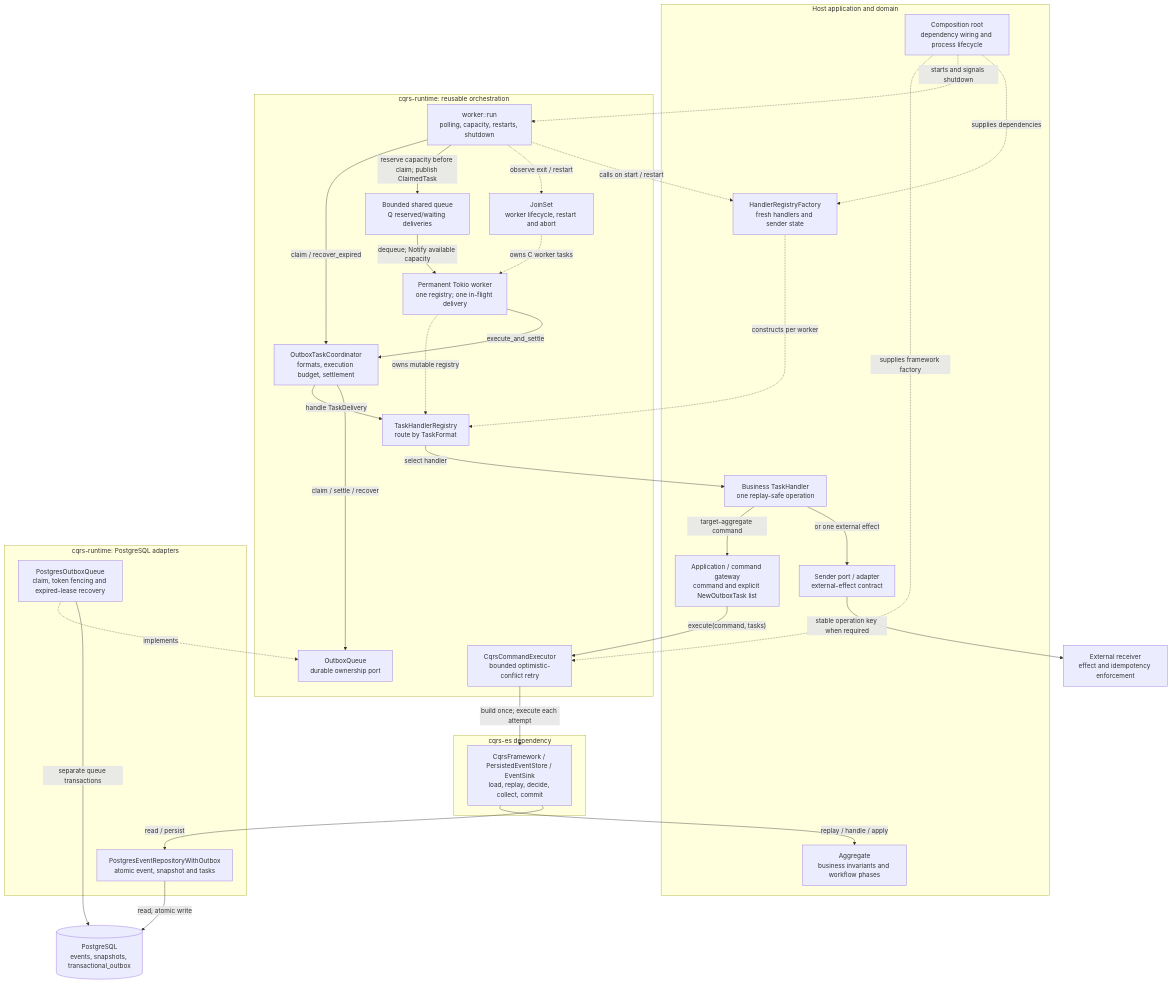
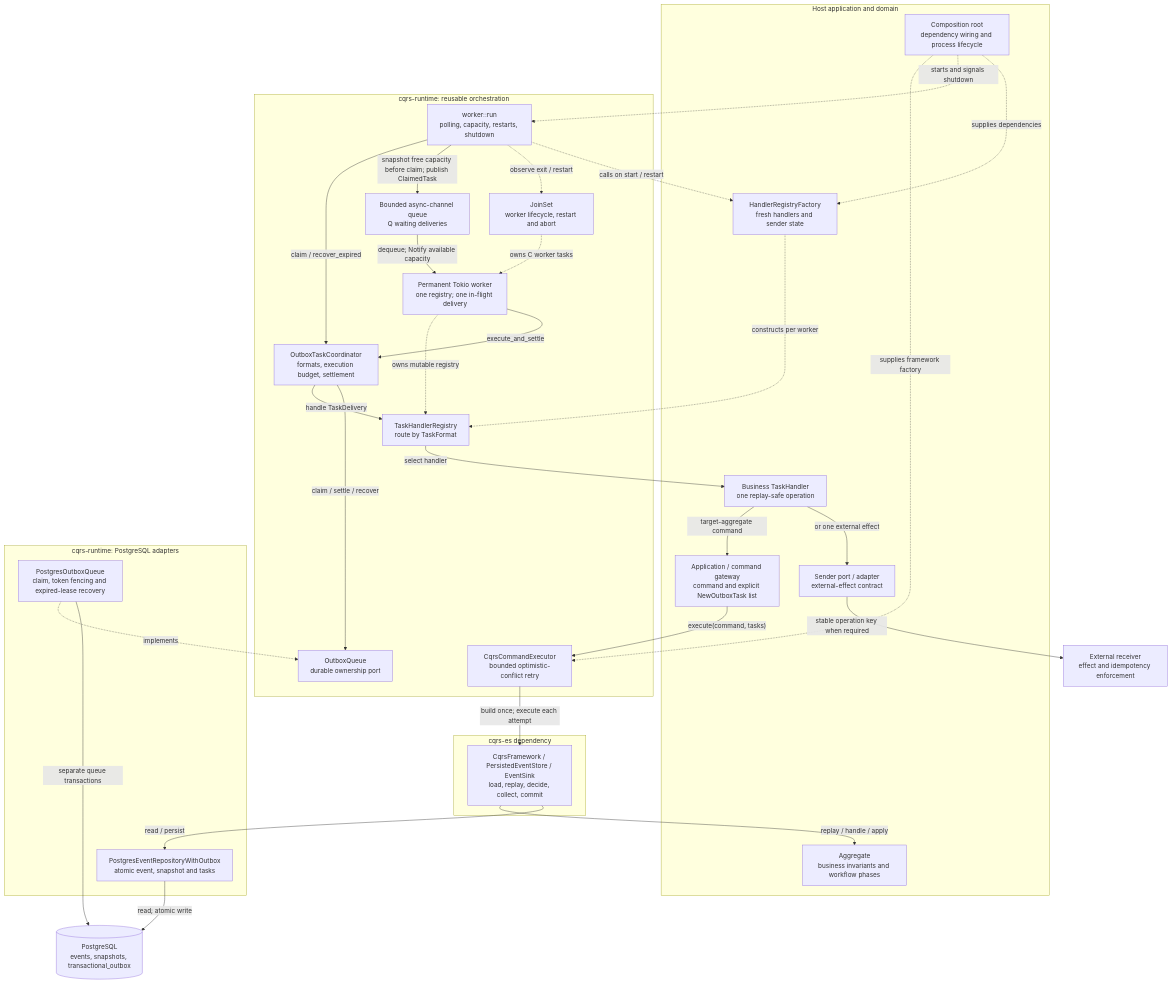
The first of 3 diagrams in cqrs-runtime/doc/architecture.md (akozel/account-management-service), drawn with Mermaid before and after one commit. The commit also changed other lines of this file and 19 other files, not shown here.

````diff
--- a/cqrs-runtime/doc/architecture.md
+++ b/cqrs-runtime/doc/architecture.md
@@ -15,61 +15,61 @@
 ```mermaid
 flowchart TB
     subgraph Host["Host application and domain"]
         Root["Composition root<br/>dependency wiring and process lifecycle"]
         Gateway["Application / command gateway<br/>command and explicit NewOutboxTask list"]
         Aggregate["Aggregate<br/>business invariants and workflow phases"]
         Factory["HandlerRegistryFactory<br/>fresh handlers and sender state"]
         Handler["Business TaskHandler<br/>one replay-safe operation"]
         Sender["Sender port / adapter<br/>external-effect contract"]
     end
 
     subgraph Runtime["cqrs-runtime: reusable orchestration"]
         Executor["CqrsCommandExecutor<br/>bounded optimistic-conflict retry"]
         Supervisor["worker::run<br/>polling, capacity, restarts, shutdown"]
-        Channel["Bounded shared queue<br/>Q reserved/waiting deliveries"]
+        Channel["Bounded async-channel queue<br/>Q waiting deliveries"]
         Slot["Permanent Tokio worker<br/>one registry; one in-flight delivery"]
         JoinSet["JoinSet<br/>worker lifecycle, restart and abort"]
         Coordinator["OutboxTaskCoordinator<br/>formats, execution budget, settlement"]
         Registry["TaskHandlerRegistry<br/>route by TaskFormat"]
         QueuePort["OutboxQueue<br/>durable ownership port"]
     end
 
     subgraph Framework["cqrs-es dependency"]
         Cqrs["CqrsFramework / PersistedEventStore / EventSink<br/>load, replay, decide, collect, commit"]
     end
 
     subgraph Adapters["cqrs-runtime: PostgreSQL adapters"]
         Repository["PostgresEventRepositoryWithOutbox<br/>atomic event, snapshot and tasks"]
         Queue["PostgresOutboxQueue<br/>claim, token fencing and expired-lease recovery"]
     end
 
     Database[("PostgreSQL<br/>events, snapshots, transactional_outbox")]
     Receiver["External receiver<br/>effect and idempotency enforcement"]
 
     Root -.->|"supplies framework factory"| Executor
     Root -.->|"starts and signals shutdown"| Supervisor
     Root -.->|"supplies dependencies"| Factory
     Gateway -->|"execute(command, tasks)"| Executor
     Executor -->|"build once; execute each attempt"| Cqrs
     Cqrs -->|"replay / handle / apply"| Aggregate
     Cqrs -->|"read / persist"| Repository
     Repository -->|"read; atomic write"| Database
 
     Supervisor -->|"claim / recover_expired"| Coordinator
-    Supervisor -->|"reserve capacity before claim; publish ClaimedTask"| Channel
+    Supervisor -->|"snapshot free capacity before claim; publish ClaimedTask"| Channel
     Channel -->|"dequeue; Notify available capacity"| Slot
     Supervisor -.->|"observe exit / restart"| JoinSet
     JoinSet -.->|"owns C worker tasks"| Slot
     Supervisor -.->|"calls on start / restart"| Factory
     Factory -.->|"constructs per worker"| Registry
     Slot -.->|"owns mutable registry"| Registry
     Slot -->|"execute_and_settle"| Coordinator
     Coordinator -->|"handle TaskDelivery"| Registry
     Registry -->|"select handler"| Handler
     Handler -->|"target-aggregate command"| Gateway
     Handler -->|"or one external effect"| Sender
     Sender -->|"stable operation key when required"| Receiver
     Coordinator -->|"claim / settle / recover"| QueuePort
     Queue -.->|"implements"| QueuePort
     Queue -->|"separate queue transactions"| Database
 ```
````
